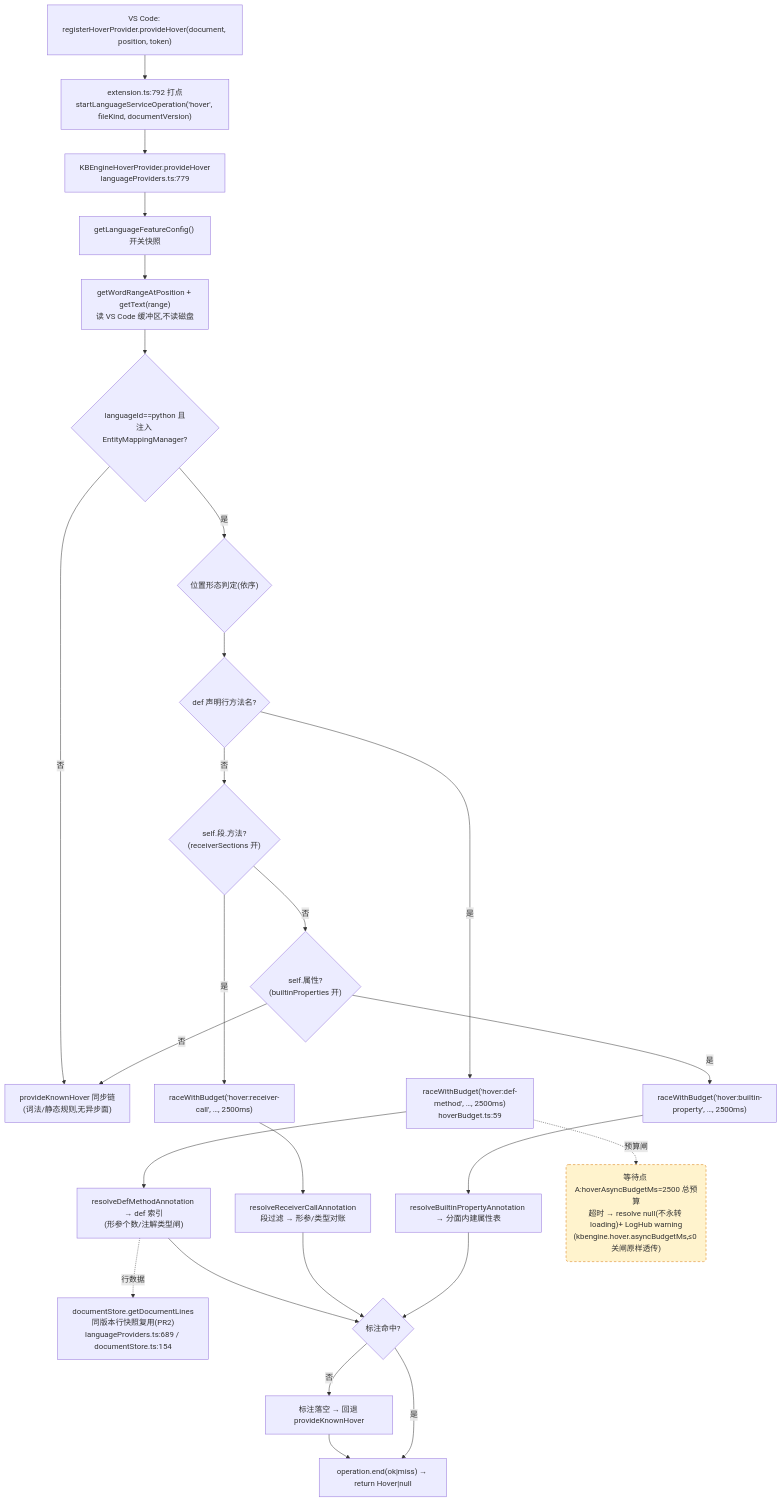
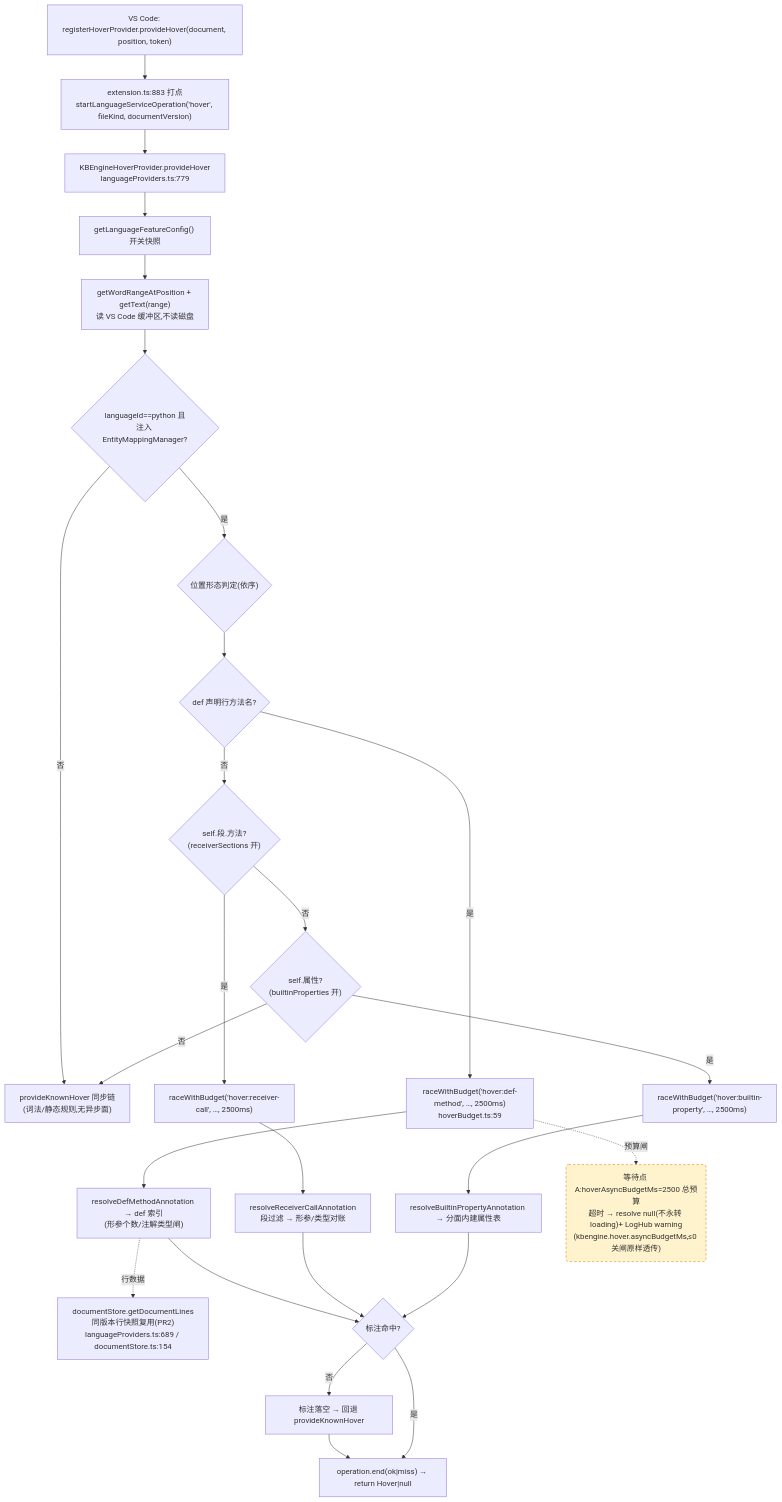
The first of 4 diagrams in docs/perf/2026-baseline.md (cuihairu/kode), drawn with Mermaid before and after one commit. The commit also changed other lines of this file and 7 other files, not shown here.

````diff
--- a/docs/perf/2026-baseline.md
+++ b/docs/perf/2026-baseline.md
@@ -82,45 +82,45 @@
 ```mermaid
 flowchart TD
   VC1["VS Code: registerHoverProvider.provideHover(document, position, token)"]
-  M1["extension.ts:792 打点<br/>startLanguageServiceOperation('hover', fileKind, documentVersion)"]
+  M1["extension.ts:883 打点<br/>startLanguageServiceOperation('hover', fileKind, documentVersion)"]
   HP["KBEngineHoverProvider.provideHover<br/>languageProviders.ts:779"]
   CFG["getLanguageFeatureConfig() 开关快照"]
   WORD["getWordRangeAtPosition + getText(range)<br/>读 VS Code 缓冲区,不读磁盘"]
   BR{"languageId==python 且<br/>注入 EntityMappingManager?"}
   KN["provideKnownHover 同步链<br/>(词法/静态规则,无异步面)"]
   POS{"位置形态判定(依序)"}
   D1{"def 声明行方法名?"}
   D2{"self.段.方法?<br/>(receiverSections 开)"}
   D3{"self.属性?<br/>(builtinProperties 开)"}
   RA1["raceWithBudget('hover:def-method', …, 2500ms)<br/>hoverBudget.ts:59"]
   RA2["raceWithBudget('hover:receiver-call', …, 2500ms)"]
   RA3["raceWithBudget('hover:builtin-property', …, 2500ms)"]
   RS1["resolveDefMethodAnnotation → def 索引<br/>(形参个数/注解类型闸)"]
   RS2["resolveReceiverCallAnnotation<br/>段过滤 → 形参/类型对账"]
   RS3["resolveBuiltinPropertyAnnotation → 分面内建属性表"]
   LINES["documentStore.getDocumentLines<br/>同版本行快照复用(PR2)<br/>languageProviders.ts:689 / documentStore.ts:154"]
   MISS["标注落空 → 回退 provideKnownHover"]
   END1["operation.end(ok|miss) → return Hover|null"]
 
   VC1 --> M1 --> HP --> CFG --> WORD --> BR
   BR -- "否" --> KN
   BR -- "是" --> POS --> D1
   D1 -- "是" --> RA1 --> RS1
   D1 -- "否" --> D2
   D2 -- "是" --> RA2 --> RS2
   D2 -- "否" --> D3
   D3 -- "是" --> RA3 --> RS3
   D3 -- "否" --> KN
   RS1 --> HIT{"标注命中?"}
   RS2 --> HIT
   RS3 --> HIT
   RS1 -.->|行数据| LINES
   HIT -- "否" --> MISS --> END1
   HIT -- "是" --> END1
 
   WAITA("等待点 A:hoverAsyncBudgetMs=2500 总预算<br/>超时 → resolve null(不永转 loading)+ LogHub warning<br/>(kbengine.hover.asyncBudgetMs,≤0 关闸原样透传)")
   RA1 -.->|预算闸| WAITA
 
   classDef waitPoint fill:#fff3cd,stroke:#d97706,stroke-dasharray:5 4;
   class WAITA waitPoint;
 ```
````
